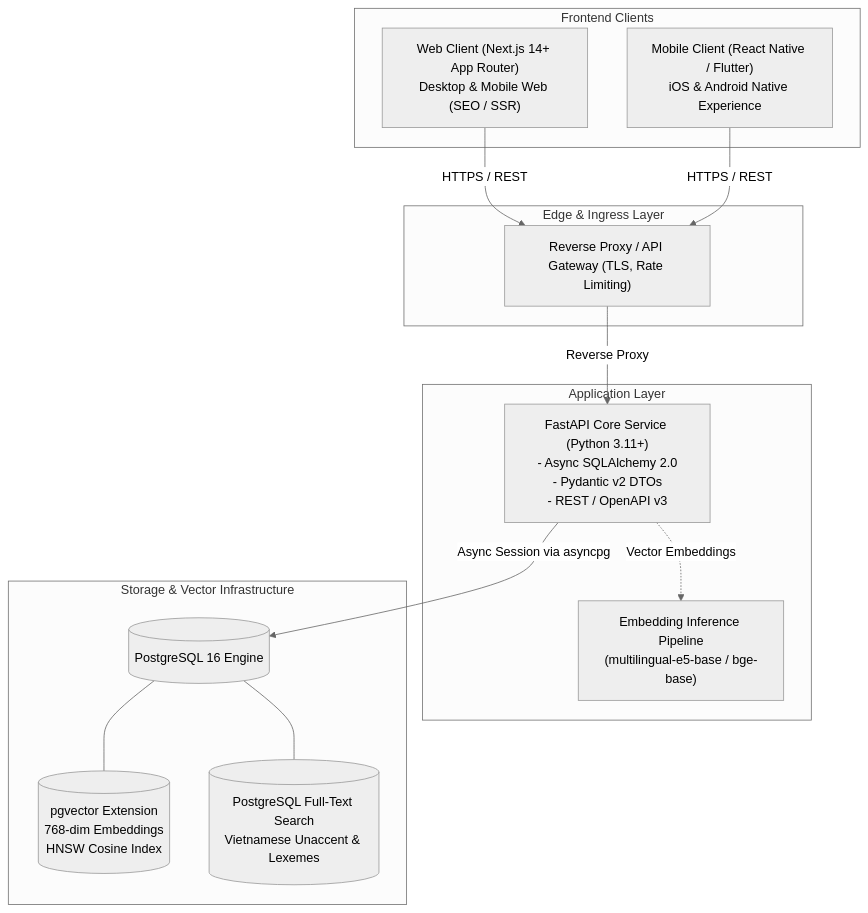
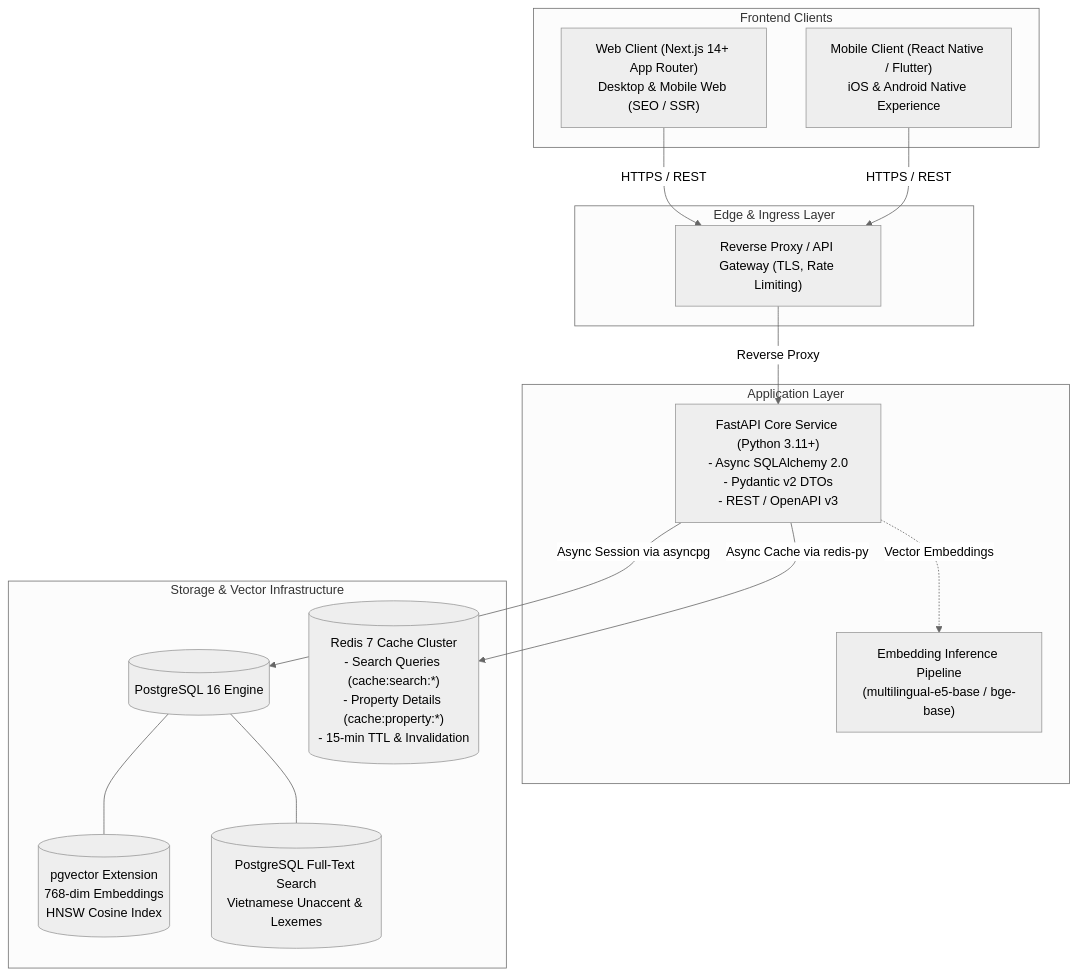
Before and after one commit to hellendaothanh/Space247: the diagram in docs/architecture/01-system-overview.md, drawn with Mermaid (neutral theme). The commit also changed other lines of this file and 16 other files, not shown here.

Commit message:
feat(cache): integrate async Redis caching with invalidation and architecture docs

````diff
--- a/docs/architecture/01-system-overview.md
+++ b/docs/architecture/01-system-overview.md
@@ -9,30 +9,32 @@
 ```mermaid
 graph TD
     subgraph Clients["Frontend Clients"]
         Web["Web Client (Next.js 14+ App Router)<br/>Desktop & Mobile Web (SEO / SSR)"]
         Mobile["Mobile Client (React Native / Flutter)<br/>iOS & Android Native Experience"]
     end
 
     subgraph API_Gateway["Edge & Ingress Layer"]
         Nginx["Reverse Proxy / API Gateway (TLS, Rate Limiting)"]
     end
 
     subgraph Backend_App["Application Layer"]
         FastAPI["FastAPI Core Service (Python 3.11+)<br/>- Async SQLAlchemy 2.0<br/>- Pydantic v2 DTOs<br/>- REST / OpenAPI v3"]
         EmbeddingWorker["Embedding Inference Pipeline<br/>(multilingual-e5-base / bge-base)"]
     end
 
     subgraph Persistence["Storage & Vector Infrastructure"]
         PostgreSQL[("PostgreSQL 16 Engine")]
         PGVector[("pgvector Extension<br/>768-dim Embeddings<br/>HNSW Cosine Index")]
         FTS[("PostgreSQL Full-Text Search<br/>Vietnamese Unaccent & Lexemes")]
+        Redis[("Redis 7 Cache Cluster<br/>- Search Queries (cache:search:*)<br/>- Property Details (cache:property:*)<br/>- 15-min TTL & Invalidation")]
     end
 
     Web -->|HTTPS / REST| Nginx
     Mobile -->|HTTPS / REST| Nginx
     Nginx -->|Reverse Proxy| FastAPI
     FastAPI -->|Async Session via asyncpg| PostgreSQL
+    FastAPI -->|Async Cache via redis-py| Redis
     PostgreSQL --- PGVector
     PostgreSQL --- FTS
     FastAPI -.->|Vector Embeddings| EmbeddingWorker
 ```
````
